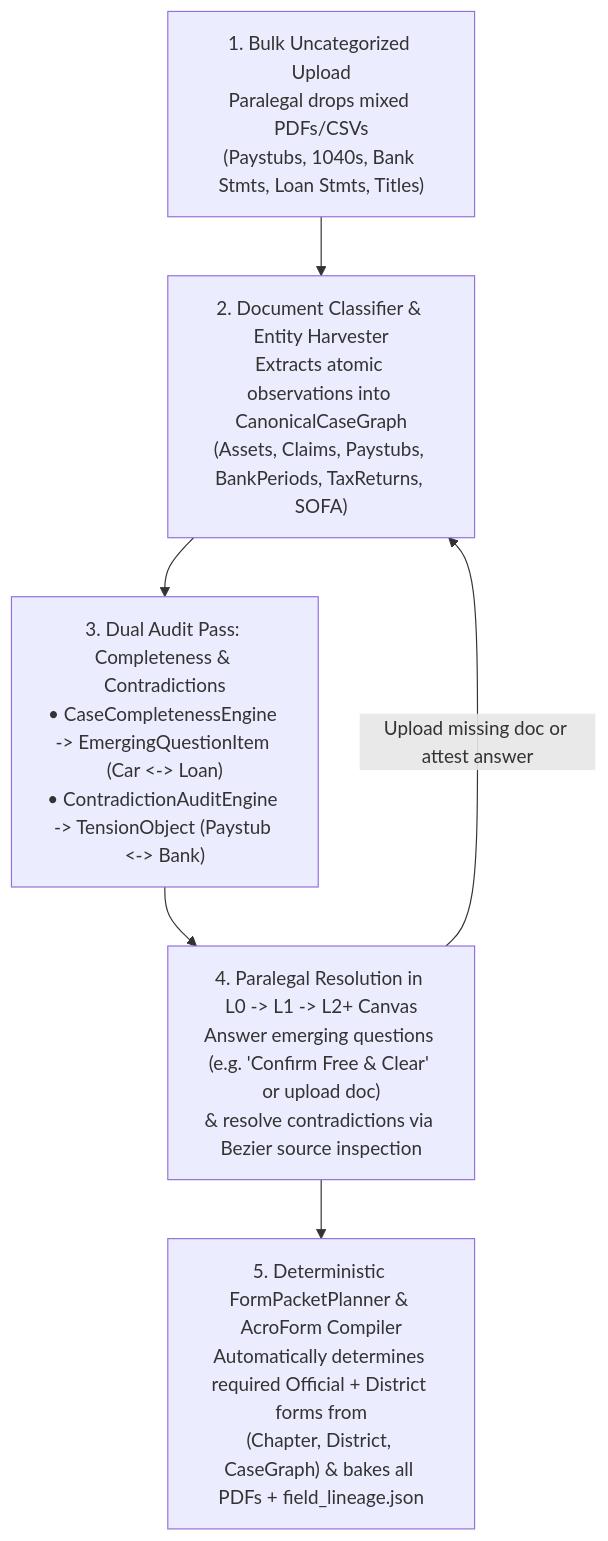
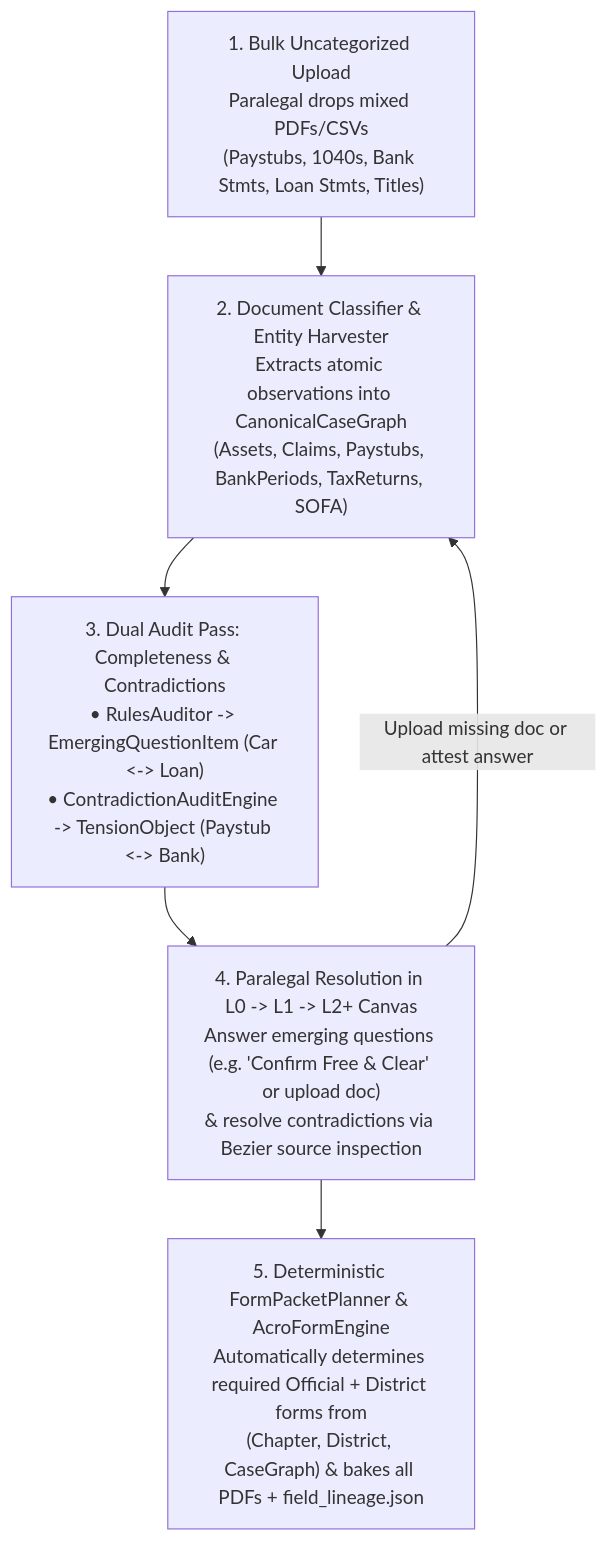
Before and after one commit to BenjaminTseng/tracesheet: the diagram in BANKRUPTCY_V1_ARCHITECTURE.md, drawn with Mermaid. The commit also changed other lines of this file and 5 other files, not shown here.

````diff
--- a/BANKRUPTCY_V1_ARCHITECTURE.md
+++ b/BANKRUPTCY_V1_ARCHITECTURE.md
@@ -42,11 +42,11 @@
 ```mermaid
 flowchart TB
   U["1. Bulk Uncategorized Upload\nParalegal drops mixed PDFs/CSVs\n(Paystubs, 1040s, Bank Stmts, Loan Stmts, Titles)"]
   H["2. Document Classifier & Entity Harvester\nExtracts atomic observations into CanonicalCaseGraph\n(Assets, Claims, Paystubs, BankPeriods, TaxReturns, SOFA)"]
-  C["3. Dual Audit Pass: Completeness & Contradictions\n• CaseCompletenessEngine -> EmergingQuestionItem (Car <-> Loan)\n• ContradictionAuditEngine -> TensionObject (Paystub <-> Bank)"]
+  C["3. Dual Audit Pass: Completeness & Contradictions\n• RulesAuditor -> EmergingQuestionItem (Car <-> Loan)\n• ContradictionAuditEngine -> TensionObject (Paystub <-> Bank)"]
   R["4. Paralegal Resolution in L0 -> L1 -> L2+ Canvas\nAnswer emerging questions (e.g. 'Confirm Free & Clear' or upload doc)\n& resolve contradictions via Bezier source inspection"]
-  P["5. Deterministic FormPacketPlanner & AcroForm Compiler\nAutomatically determines required Official + District forms from\n(Chapter, District, CaseGraph) & bakes all PDFs + field_lineage.json"]
+  P["5. Deterministic FormPacketPlanner & AcroFormEngine\nAutomatically determines required Official + District forms from\n(Chapter, District, CaseGraph) & bakes all PDFs + field_lineage.json"]
 
   U --> H --> C --> R --> P
   R -- "Upload missing doc or attest answer" --> H
 ```
````
